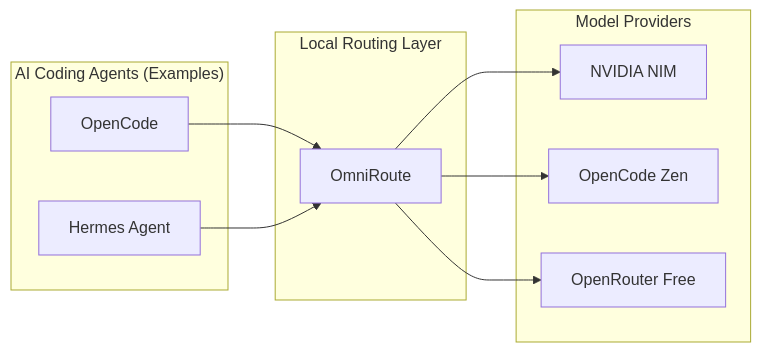
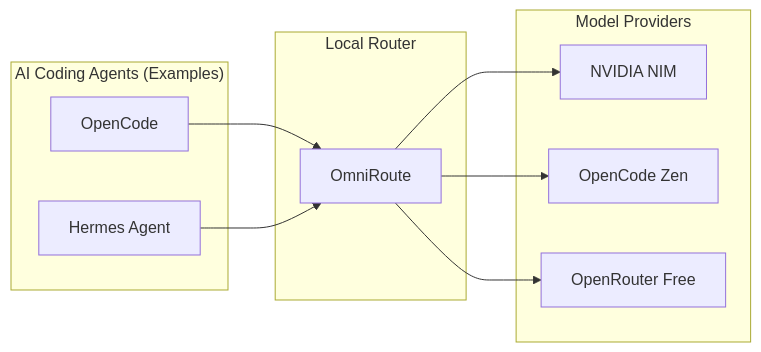
One commit to yi435/free-ai-agent-stack changed the diagram in README.md. Above: the diagram before and after it, drawn with Mermaid. The commit also changed other lines of this file and 4 other files, not shown here.

````diff
--- a/README.md
+++ b/README.md
@@ -13,24 +11,24 @@
 ```mermaid
 flowchart LR
     subgraph Agents["AI Coding Agents (Examples)"]
         OC["OpenCode"]
         HA["Hermes Agent"]
     end
 
-    subgraph Router["Local Routing Layer"]
+    subgraph Router["Local Router"]
         OR["OmniRoute"]
     end
 
     subgraph Providers["Model Providers"]
         NIM["NVIDIA NIM"]
         ZEN["OpenCode Zen"]
         ORF["OpenRouter Free"]
     end
 
     OC --> OR
     HA --> OR
 
     OR --> NIM
     OR --> ZEN
     OR --> ORF
 ```
````
